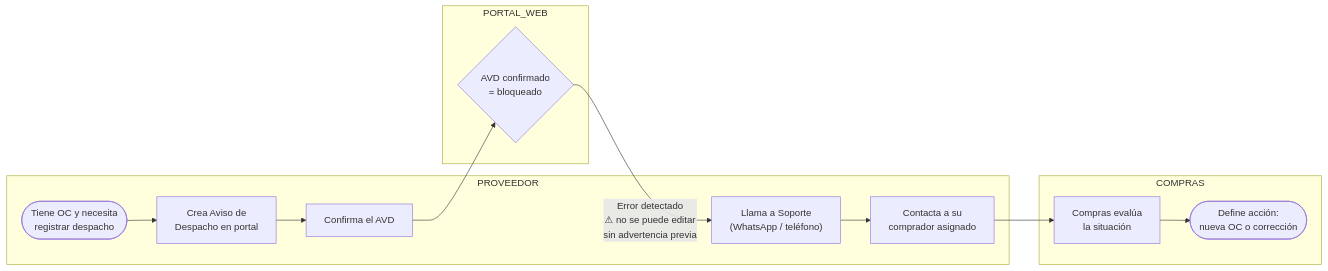
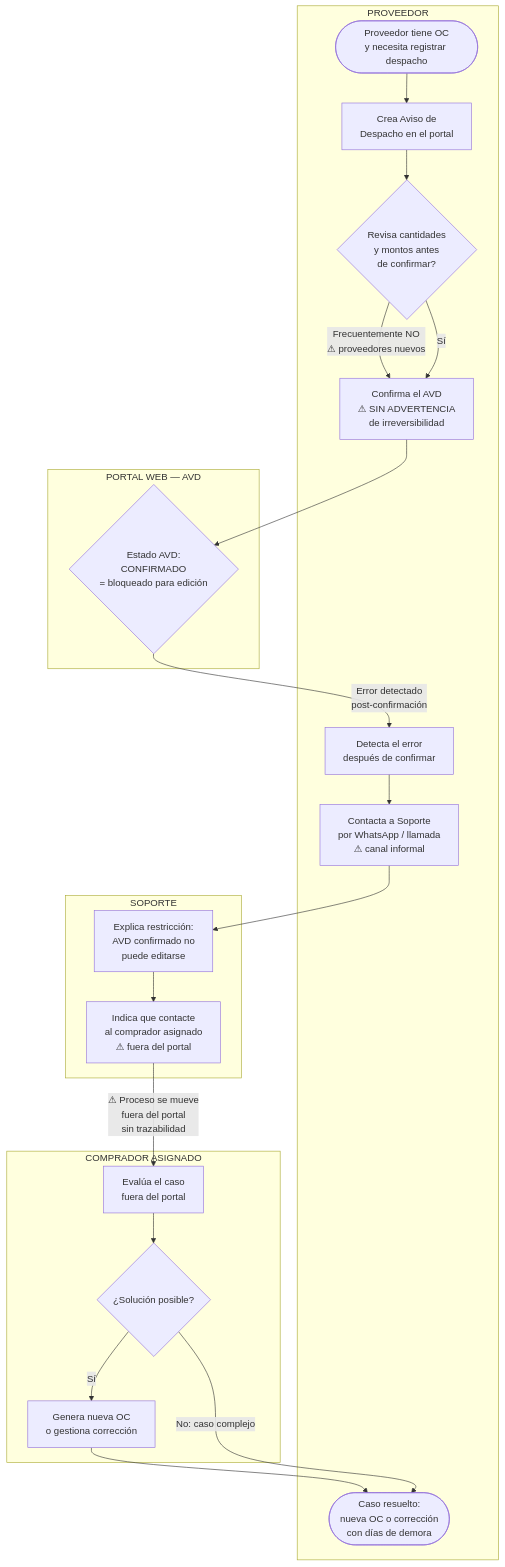
Before and after one commit to nathan95oks/INNOVA-HIPERMAXI: the third of 4 diagrams in docs/flujo_as_is.md, drawn with Mermaid. The commit also changed other lines of this file, not shown here.

Commit message:
modified diagrama de flujo

````diff
--- a/docs/flujo_as_is.md
+++ b/docs/flujo_as_is.md
@@ -104,27 +125,42 @@
 ```mermaid
-flowchart LR
+flowchart TD
     subgraph PROVEEDOR
-        A([Tiene OC y necesita\nregistrar despacho])
-        B[Crea Aviso de\nDespacho en portal]
-        C[Confirma el AVD]
-        E["Llama a Soporte\n(WhatsApp / teléfono)"]
-        G[Contacta a su\ncomprador asignado]
+        A([Proveedor tiene OC\ny necesita registrar despacho])
+        B[Crea Aviso de\nDespacho en el portal]
+        C{Revisa cantidades\ny montos antes\nde confirmar?}
+        D["Confirma el AVD\n⚠ SIN ADVERTENCIA\nde irreversibilidad"]
+        F["Detecta el error\ndespués de confirmar"]
+        G["Contacta a Soporte\npor WhatsApp / llamada\n⚠ canal informal"]
+        L([Caso resuelto:\nnueva OC o corrección\ncon días de demora])
     end
 
-    subgraph PORTAL_WEB
-        D{AVD confirmado\n= bloqueado}
+    subgraph PORTAL["PORTAL WEB — AVD"]
+        E{"Estado AVD:\nCONFIRMADO\n= bloqueado para edición"}
     end
 
-    subgraph COMPRAS
-        H[Compras evalúa\nla situación]
-        I([Define acción:\nnueva OC o corrección])
+    subgraph SOPORTE["SOPORTE"]
+        H["Explica restricción:\nAVD confirmado no\npuede editarse"]
+        I["Indica que contacte\nal comprador asignado\n⚠ fuera del portal"]
+    end
+
+    subgraph COMPRAS["COMPRADOR ASIGNADO"]
+        J[Evalúa el caso\nfuera del portal]
+        K{¿Solución posible?}
+        K2[Genera nueva OC\no gestiona corrección]
     end
 
     A --> B
     B --> C
-    C --> D
-    D -- "Error detectado\n⚠ no se puede editar\nsin advertencia previa" --> E
-    E --> G
+    C -- "Frecuentemente NO\n⚠ proveedores nuevos" --> D
+    C -- Sí --> D
+    D --> E
+    E -- "Error detectado\npost-confirmación" --> F
+    F --> G
     G --> H
     H --> I
+    I -- "⚠ Proceso se mueve\nfuera del portal\nsin trazabilidad" --> J
+    J --> K
+    K -- Sí --> K2
+    K2 --> L
+    K -- "No: caso complejo" --> L
 ```
````
